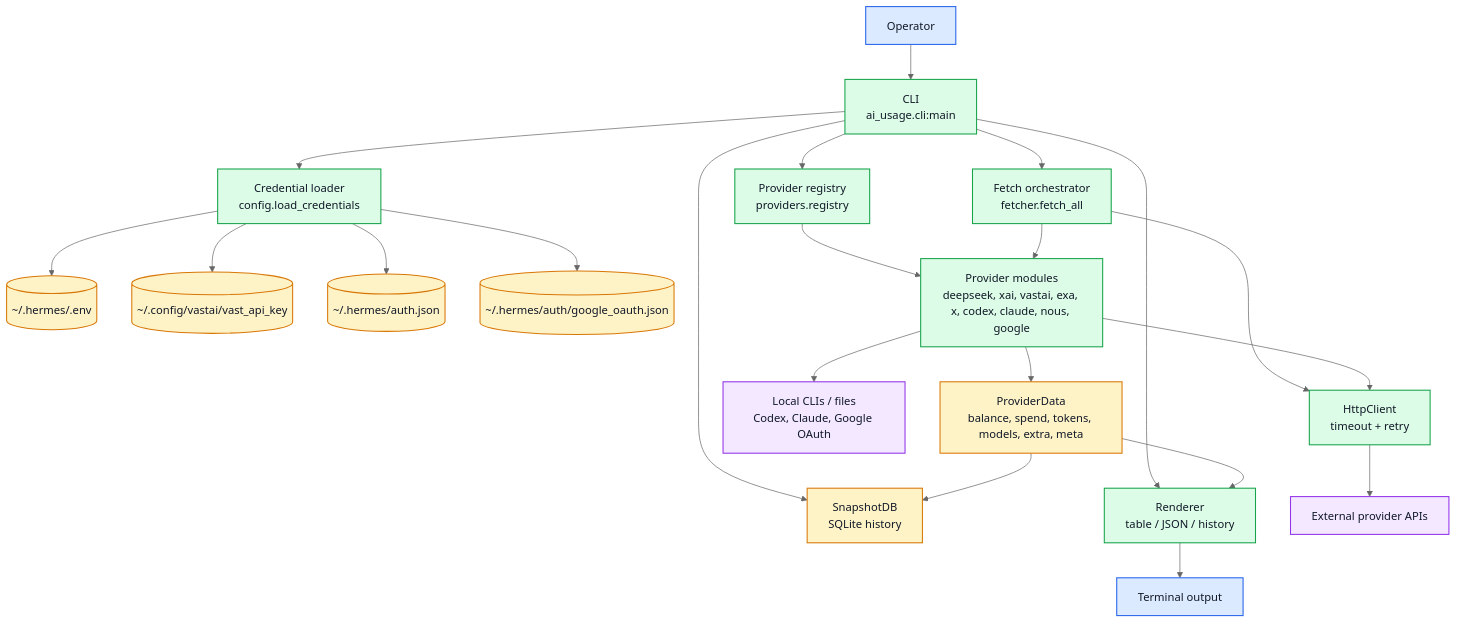
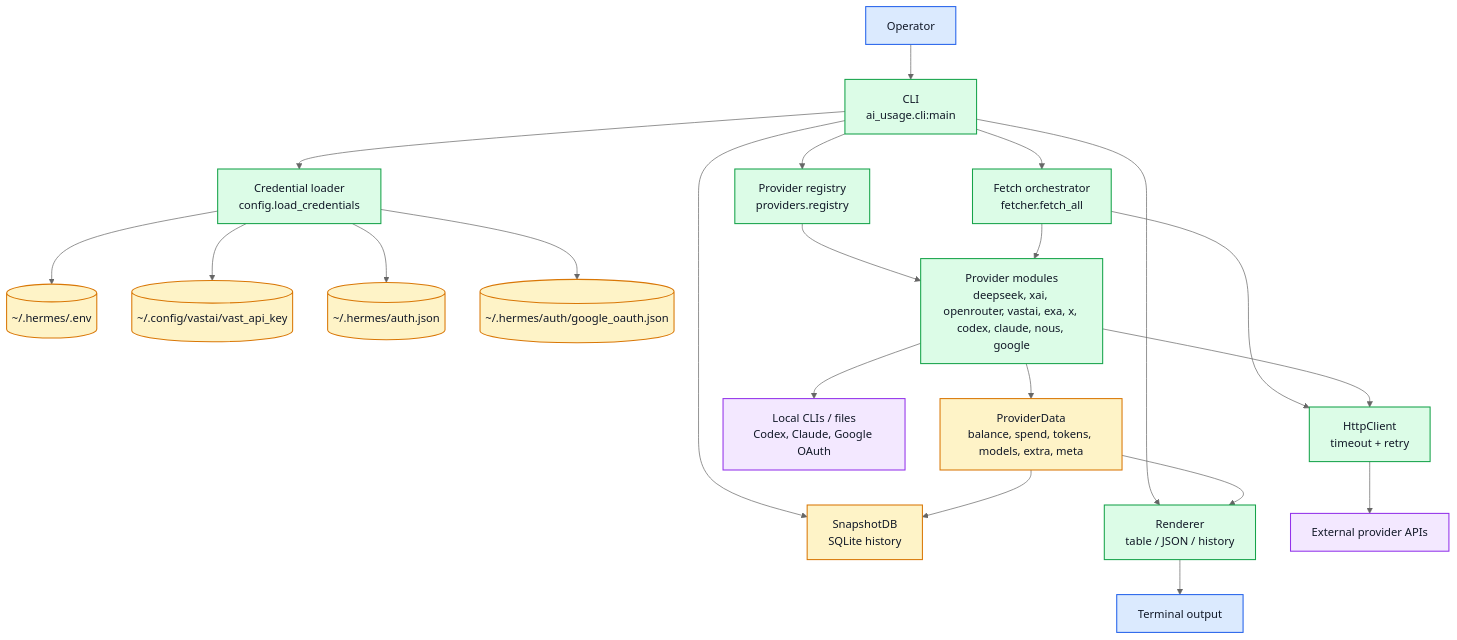
The first of 2 diagrams in docs/architecture.md (michaelnicks0/ai-usage), drawn with Mermaid (neutral theme) before and after one commit. The commit also changed other lines of this file and 42 other files, not shown here.

````diff
--- a/docs/architecture.md
+++ b/docs/architecture.md
@@ -19,33 +19,33 @@
 ```mermaid
 flowchart TB
     operator["Operator"]:::actor --> cli["CLI<br/>ai_usage.cli:main"]:::process
 
     cli --> config["Credential loader<br/>config.load_credentials"]:::process
     cli --> registry["Provider registry<br/>providers.registry"]:::process
     cli --> fetcher["Fetch orchestrator<br/>fetcher.fetch_all"]:::process
     cli --> db["SnapshotDB<br/>SQLite history"]:::datastore
     cli --> render["Renderer<br/>table / JSON / history"]:::process
 
     config --> hermesEnv[("~/.hermes/.env")]:::datastore
     config --> vastKey[("~/.config/vastai/vast_api_key")]:::datastore
     config --> nousAuth[("~/.hermes/auth.json")]:::datastore
     config --> googleAuth[("~/.hermes/auth/google_oauth.json")]:::datastore
 
-    registry --> providers["Provider modules<br/>deepseek, xai, vastai, exa, x, codex, claude, nous, google"]:::process
+    registry --> providers["Provider modules<br/>deepseek, xai, openrouter, vastai, exa, x, codex, claude, nous, google"]:::process
     fetcher --> http["HttpClient<br/>timeout + retry"]:::process
     fetcher --> providers
     providers --> http
 
     http --> providerApis["External provider APIs"]:::external
     providers --> localCLIs["Local CLIs / files<br/>Codex, Claude, Google OAuth"]:::external
 
     providers --> normalized["ProviderData<br/>balance, spend, tokens, models, extra, meta"]:::datastore
     normalized --> db
     normalized --> render
     render --> terminal["Terminal output"]:::actor
 
     classDef actor fill:#dbeafe,stroke:#2563eb,color:#111827,stroke-width:1.5px;
     classDef process fill:#dcfce7,stroke:#16a34a,color:#111827,stroke-width:1.5px;
     classDef datastore fill:#fef3c7,stroke:#d97706,color:#111827,stroke-width:1.5px;
     classDef external fill:#f3e8ff,stroke:#9333ea,color:#111827,stroke-width:1.5px;
 ```
````
